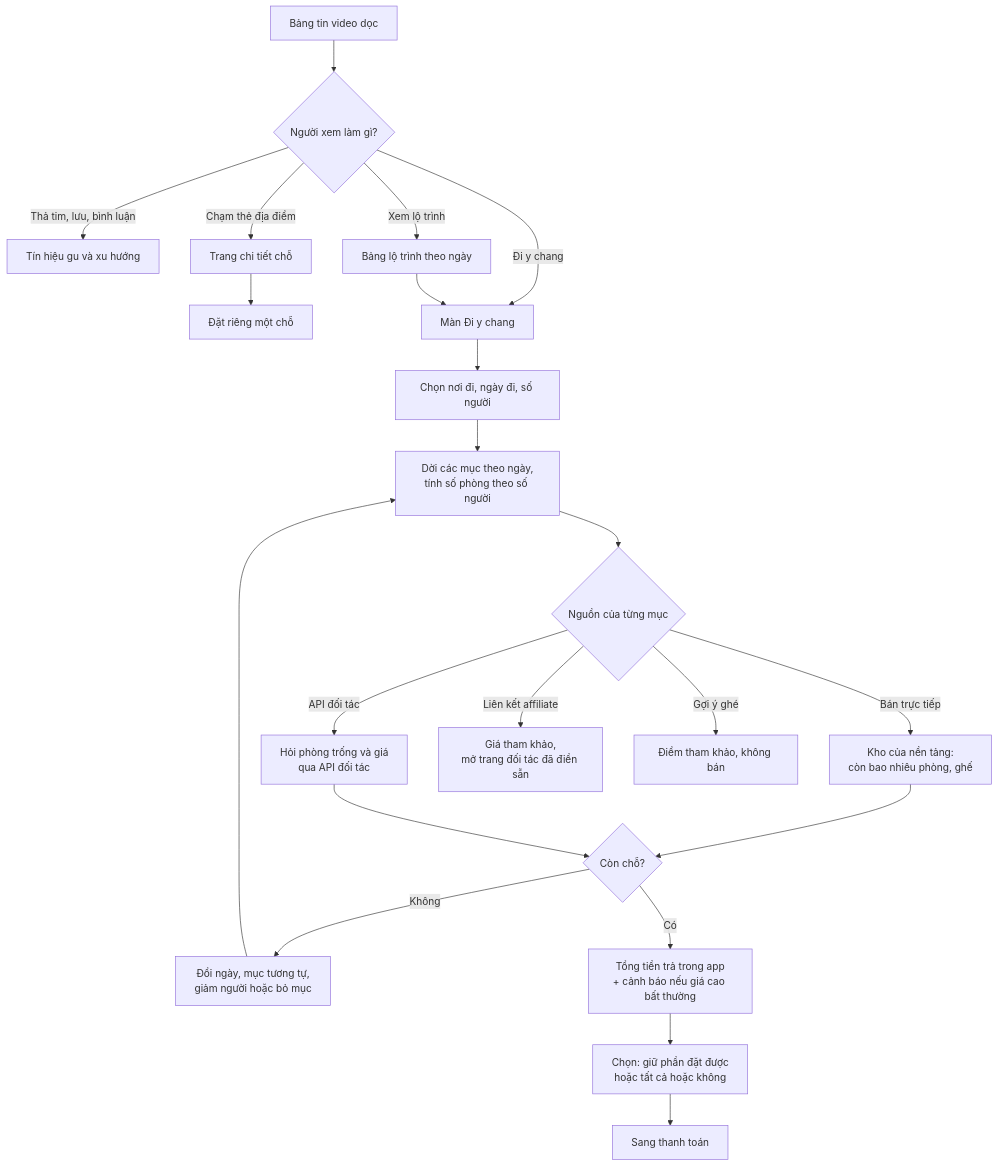
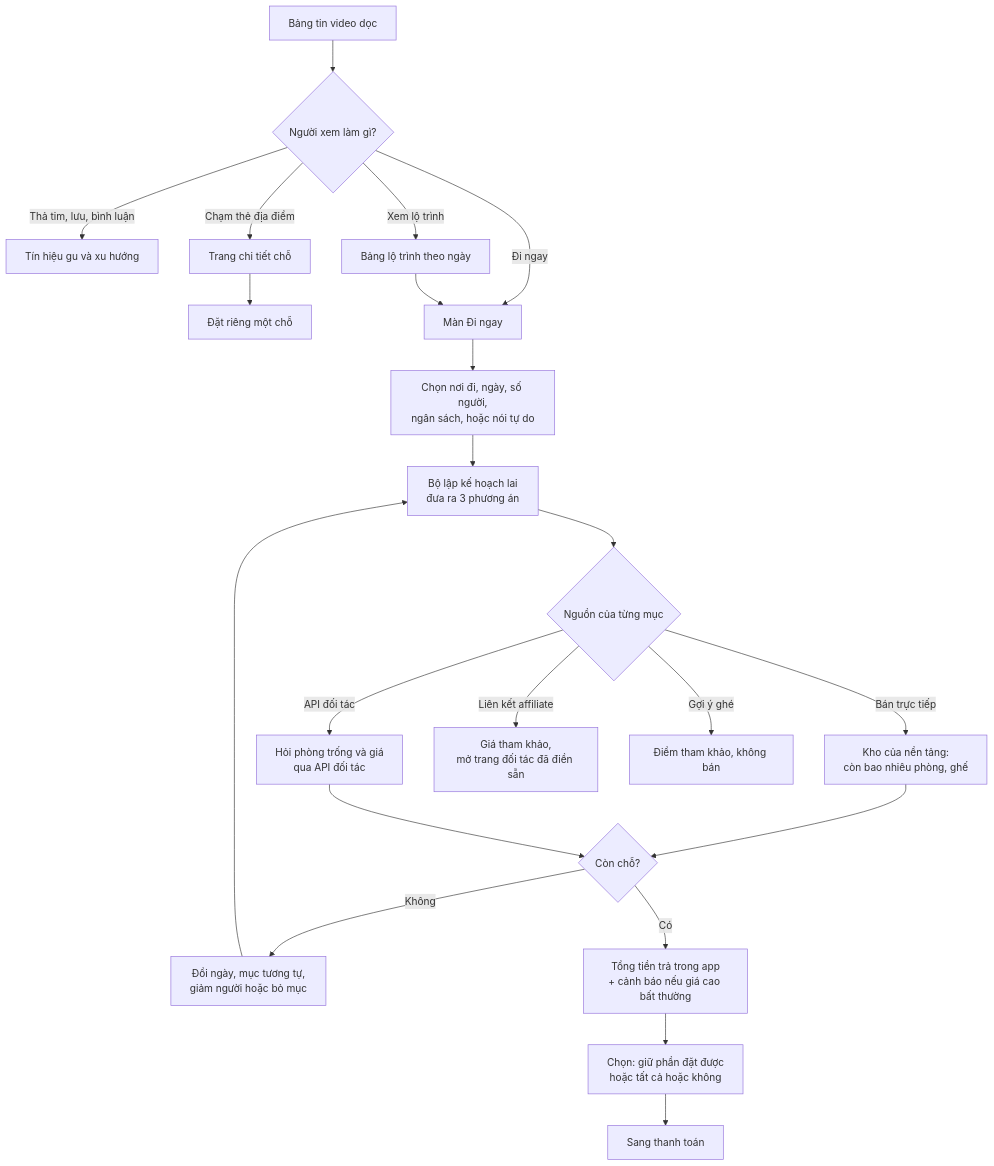
Before and after one commit to lengqbaorr/OTA_research: the fourth of 10 diagrams in docs/10-diagram-workflow.md, drawn with Mermaid. The commit also changed other lines of this file and 5 other files, not shown here.

First line of the commit message:
Pivot to Đi ngay: drop stay verification, point-based itineraries, hybrid AI plus rule planner in simulation and diagrams

````diff
--- a/docs/10-diagram-workflow.md
+++ b/docs/10-diagram-workflow.md
@@ -84,22 +77,22 @@
 ```mermaid
 flowchart TD
     FEED["Bảng tin video dọc"] --> ACT{"Người xem làm gì?"}
     ACT -->|"Thả tim, lưu, bình luận"| SIG["Tín hiệu gu và xu hướng"]
     ACT -->|"Chạm thẻ địa điểm"| DET["Trang chi tiết chỗ"] --> QB["Đặt riêng một chỗ"]
     ACT -->|"Xem lộ trình"| SHEET["Bảng lộ trình theo ngày"]
-    ACT -->|"Đi y chang"| FY
-    SHEET --> FY["Màn Đi y chang"]
-    FY --> CFG["Chọn nơi đi, ngày đi, số người"]
-    CFG --> ITEMS["Dời các mục theo ngày,<br/>tính số phòng theo số người"]
+    ACT -->|"Đi ngay"| FY
+    SHEET --> FY["Màn Đi ngay"]
+    FY --> CFG["Chọn nơi đi, ngày, số người,<br/>ngân sách, hoặc nói tự do"]
+    CFG --> ITEMS["Bộ lập kế hoạch lai<br/>đưa ra 3 phương án"]
     ITEMS --> SRC{"Nguồn của từng mục"}
     SRC -->|"Bán trực tiếp"| OWN["Kho của nền tảng:<br/>còn bao nhiêu phòng, ghế"]
     SRC -->|"API đối tác"| API["Hỏi phòng trống và giá<br/>qua API đối tác"]
     SRC -->|"Liên kết affiliate"| AFF["Giá tham khảo,<br/>mở trang đối tác đã điền sẵn"]
     SRC -->|"Gợi ý ghé"| FREE["Điểm tham khảo, không bán"]
     OWN --> CHK{"Còn chỗ?"}
     API --> CHK
     CHK -->|"Không"| ALT["Đổi ngày, mục tương tự,<br/>giảm người hoặc bỏ mục"] --> ITEMS
     CHK -->|"Có"| TOT["Tổng tiền trả trong app<br/>+ cảnh báo nếu giá cao bất thường"]
     TOT --> POL["Chọn: giữ phần đặt được<br/>hoặc tất cả hoặc không"]
     POL --> PAY["Sang thanh toán"]
 ```
````
